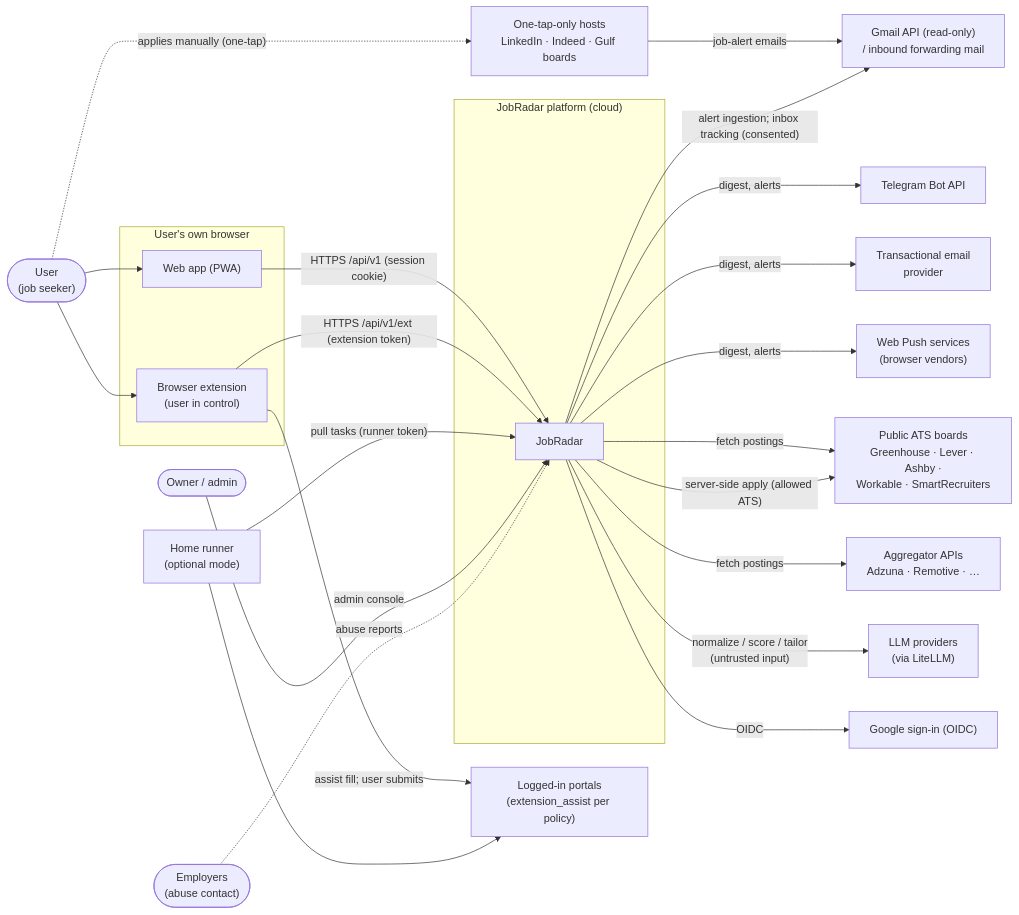
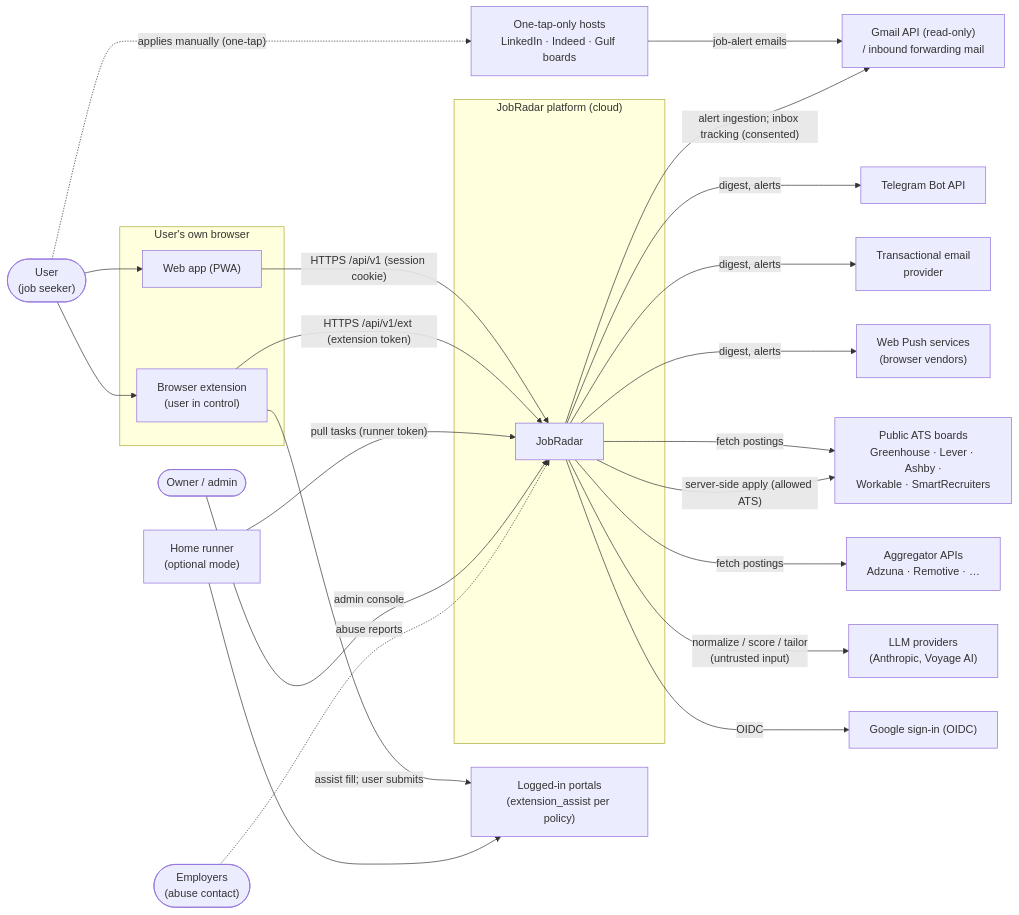
One commit to Sudhakar-09/jobradar changed the first of 8 diagrams in docs/architecture.md. Above: the diagram before and after it, drawn with Mermaid. The commit also changed other lines of this file and 11 other files, not shown here.

````diff
--- a/docs/architecture.md
+++ b/docs/architecture.md
@@ -18,44 +18,44 @@
 ```mermaid
 flowchart LR
     user(["User<br/>(job seeker)"])
     admin(["Owner / admin"])
     employer(["Employers<br/>(abuse contact)"])
 
     subgraph jr["JobRadar platform (cloud)"]
         sys["JobRadar"]
     end
 
     subgraph browser["User's own browser"]
         web["Web app (PWA)"]
         ext["Browser extension<br/>(user in control)"]
     end
     runner["Home runner<br/>(optional mode)"]
 
     tg["Telegram Bot API"]
     mail["Transactional email<br/>provider"]
     push["Web Push services<br/>(browser vendors)"]
     gmail["Gmail API (read-only)<br/>/ inbound forwarding mail"]
-    llm["LLM providers<br/>(via LiteLLM)"]
+    llm["LLM providers<br/>(Anthropic, Voyage AI)"]
     ats["Public ATS boards<br/>Greenhouse · Lever · Ashby ·<br/>Workable · SmartRecruiters"]
     agg["Aggregator APIs<br/>Adzuna · Remotive · …"]
     boards["One-tap-only hosts<br/>LinkedIn · Indeed · Gulf boards"]
     portals["Logged-in portals<br/>(extension_assist per policy)"]
     idp["Google sign-in (OIDC)"]
 
     user --> web & ext
     web -- "HTTPS /api/v1 (session cookie)" --> sys
     ext -- "HTTPS /api/v1/ext (extension token)" --> sys
     ext -- "assist fill; user submits" --> portals
     user -. "applies manually (one-tap)" .-> boards
     boards -- "job-alert emails" --> gmail
     sys -- "alert ingestion; inbox tracking (consented)" --> gmail
     sys -- "digest, alerts" --> tg & mail & push
     sys -- "fetch postings" --> ats & agg
     sys -- "server-side apply (allowed ATS)" --> ats
     sys -- "normalize / score / tailor<br/>(untrusted input)" --> llm
     sys -- "OIDC" --> idp
     runner -- "pull tasks (runner token)" --> sys
     runner --> portals
     admin -- "admin console" --> sys
     employer -. "abuse reports" .-> sys
 ```
````
